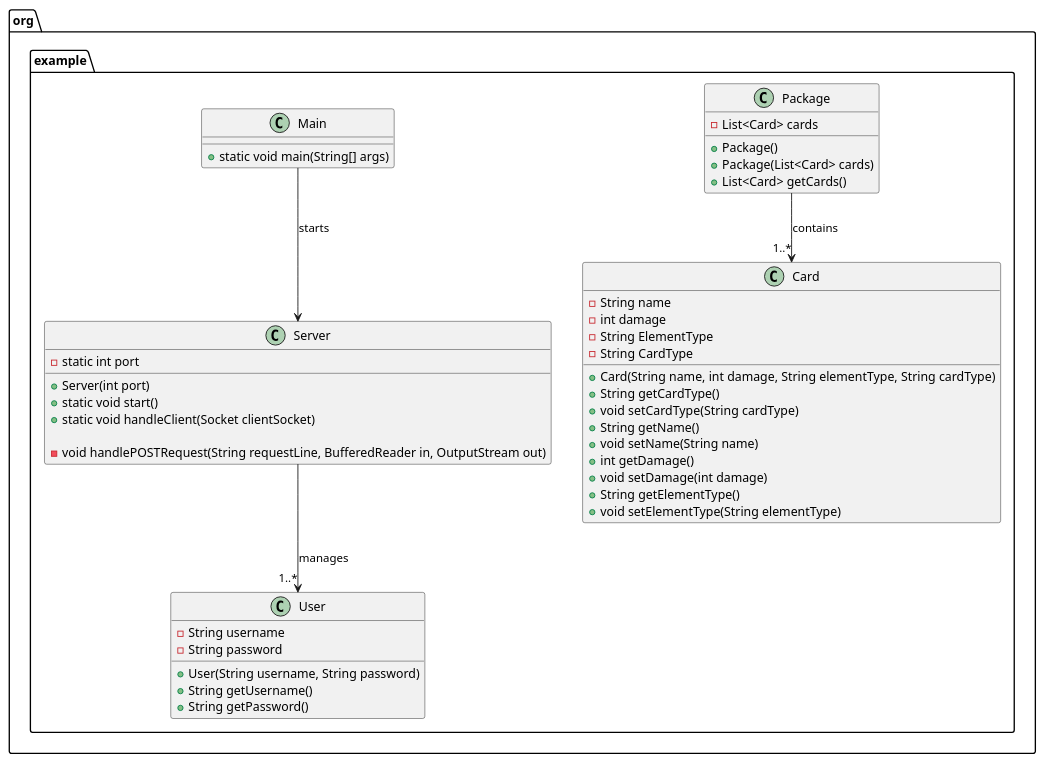
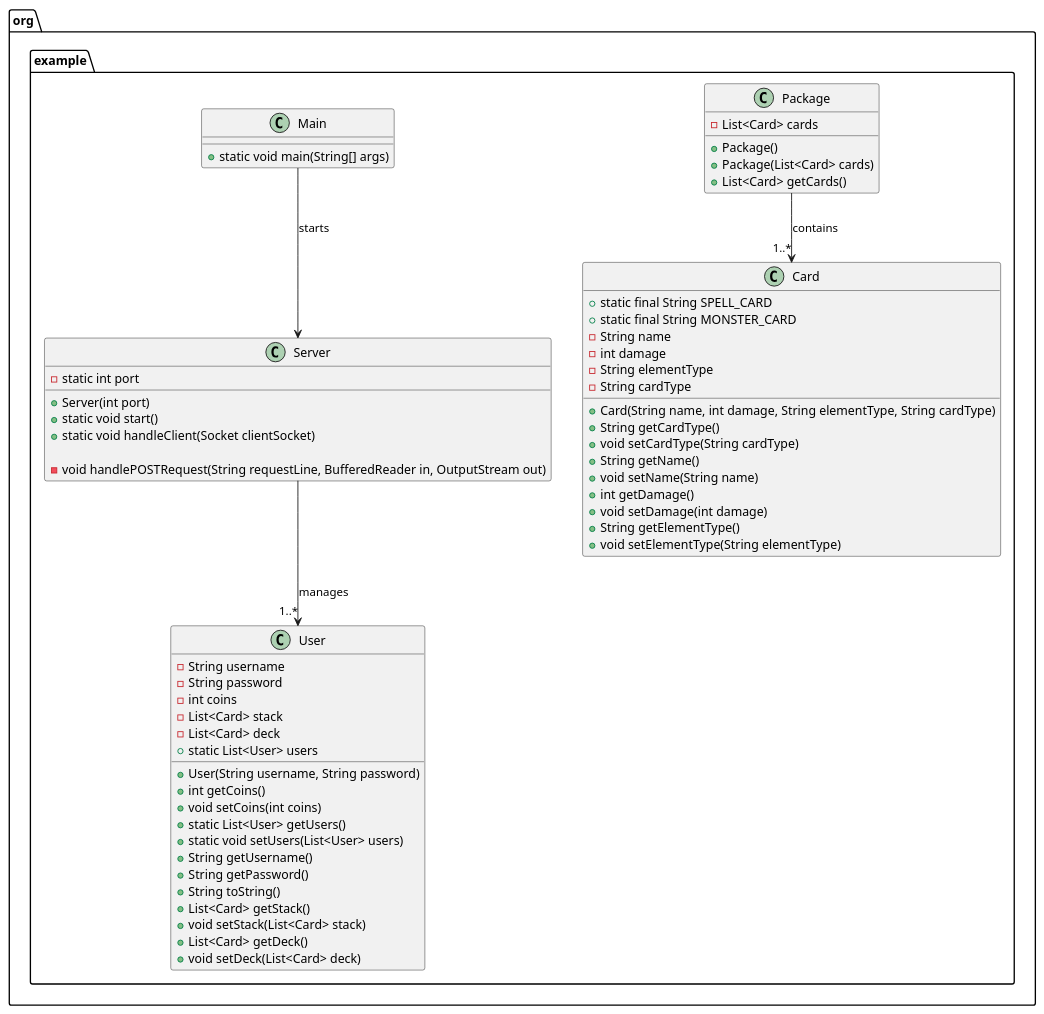
Before and after one commit to MrPlotTwist/MTCG: the diagram in MTCG/UML Diagram/MTCG UML Diagram.puml, drawn with PlantUML. The commit also changed 19 other files, not shown here.

```diff
--- a/MTCG/UML Diagram/MTCG UML Diagram.puml
+++ b/MTCG/UML Diagram/MTCG UML Diagram.puml
@@ -1,65 +1,76 @@
 @startuml
 
 package org.example {
 
-  class Card {
-    - String name
-    - int damage
-    - String ElementType
-    - String CardType
+class User {
+        - String username
+        - String password
+        - int coins
+        - List<Card> stack
+        - List<Card> deck
+        + static List<User> users
 
-    + Card(String name, int damage, String elementType, String cardType)
-    + String getCardType()
-    + void setCardType(String cardType)
-    + String getName()
-    + void setName(String name)
-    + int getDamage()
-    + void setDamage(int damage)
-    + String getElementType()
-    + void setElementType(String elementType)
-  }
+        + User(String username, String password)
+        + int getCoins()
+        + void setCoins(int coins)
+        + static List<User> getUsers()
+        + static void setUsers(List<User> users)
+        + String getUsername()
+        + String getPassword()
+        + String toString()
+        + List<Card> getStack()
+        + void setStack(List<Card> stack)
+        + List<Card> getDeck()
+        + void setDeck(List<Card> deck)
+    }
 
   class Package {
       - List<Card> cards
 
       + Package()
       + Package(List<Card> cards)
       + List<Card> getCards()
     }
 
     Package --> "1..*" Card : contains
-
-  class User {
-      - String username
-      - String password
-
-      + User(String username, String password)
-      + String getUsername()
-      + String getPassword()
-    }
 
     class Server {
       - static int port
 
       + Server(int port)
       + static void start()
       + static void handleClient(Socket clientSocket)
 
       - void handlePOSTRequest(String requestLine, BufferedReader in, OutputStream out)
     }
 
     Server --> "1..*" User : manages
 
     class Main {
         + static void main(String[] args)
     }
 
 Main --> Server : starts
 
+class Card {
+        + static final String SPELL_CARD
+        + static final String MONSTER_CARD
+        - String name
+        - int damage
+        - String elementType
+        - String cardType
+
+        + Card(String name, int damage, String elementType, String cardType)
+        + String getCardType()
+        + void setCardType(String cardType)
+        + String getName()
+        + void setName(String name)
+        + int getDamage()
+        + void setDamage(int damage)
+        + String getElementType()
+        + void setElementType(String elementType)
+    }
+
 }
 
-
-
-
-
 @enduml
```
